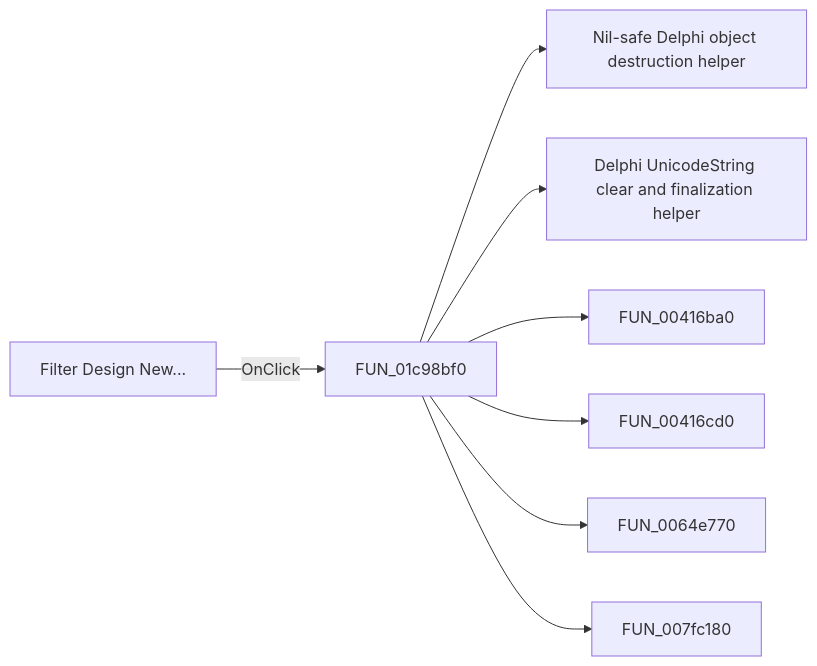
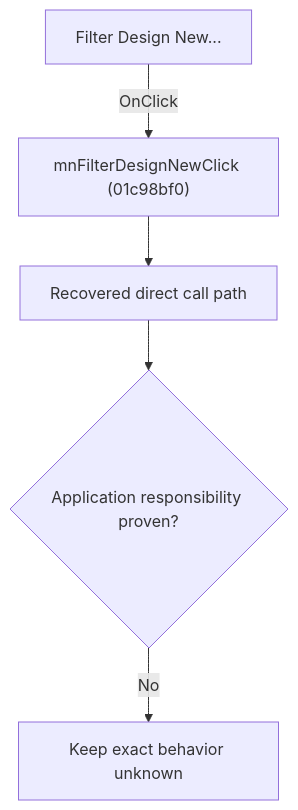
The diagram in docs/ui-controls/schematiceditor/mnfilterdesignnew-9a4f5d8706.md (MovGP0/TIARA), drawn with Mermaid before and after one commit. The commit also changed other lines of this file and 1062 other files, not shown here.

````diff
--- a/docs/ui-controls/schematiceditor/mnfilterdesignnew-9a4f5d8706.md
+++ b/docs/ui-controls/schematiceditor/mnfilterdesignnew-9a4f5d8706.md
@@ -27,10 +27,7 @@
 ```mermaid
-flowchart LR
-    control["Filter Design New..."] -->|OnClick| handler["FUN_01c98bf0"]
-    handler --> call1["Nil-safe Delphi object destruction helper"]
-    handler --> call2["Delphi UnicodeString clear and finalization helper"]
-    handler --> call3["FUN_00416ba0"]
-    handler --> call4["FUN_00416cd0"]
-    handler --> call5["FUN_0064e770"]
-    handler --> call6["FUN_007fc180"]
+flowchart TD
+    control["Filter Design New..."] -->|"OnClick"| handler["mnFilterDesignNewClick (01c98bf0)"]
+    handler --> recovered["Recovered direct call path"]
+    recovered --> gap{"Application responsibility proven?"}
+    gap -->|"No"| blocked["Keep exact behavior unknown"]
 ```
````
